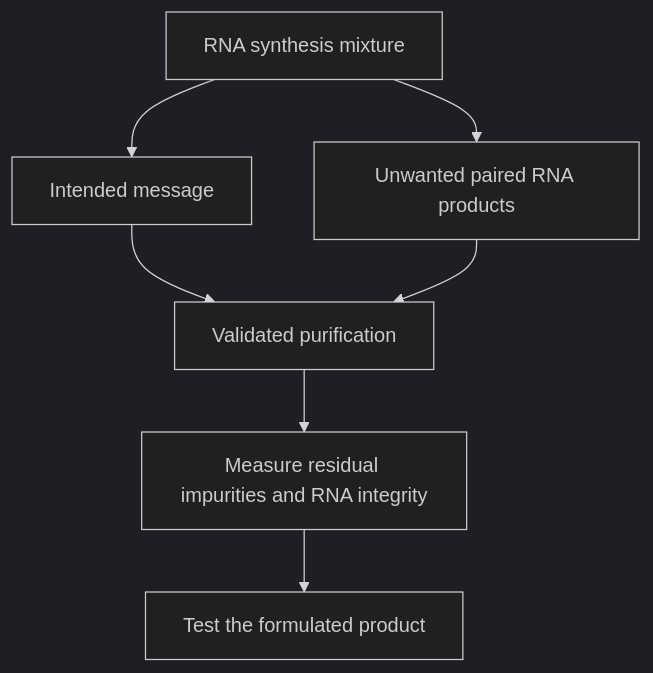
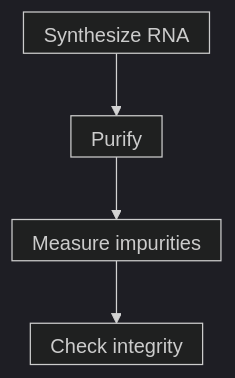
One commit to jasonLaster/oncoguide changed the diagram in wiki/education/concepts/engineering-and-manufacturing/nucleic-acid-design/dsrna-impurities-and-purification.md. Above: the diagram before and after it, drawn with Mermaid (dark theme). The commit also changed other lines of this file and 23 other files, not shown here.

````diff
--- a/wiki/education/concepts/engineering-and-manufacturing/nucleic-acid-design/dsrna-impurities-and-purification.md
+++ b/wiki/education/concepts/engineering-and-manufacturing/nucleic-acid-design/dsrna-impurities-and-purification.md
@@ -38,9 +40,7 @@
 ```mermaid
+%%{init: {"htmlLabels":false,"flowchart":{"htmlLabels":false,"padding":8,"nodeSpacing":25}}}%%
 flowchart TD
-  A[RNA synthesis mixture] --> B[Intended message]
-  A --> C[Unwanted paired RNA products]
-  B --> D[Validated purification]
-  C --> D
-  D --> E[Measure residual impurities and RNA integrity]
-  E --> F[Test the formulated product]
+  A[Synthesize RNA] --> B[Purify]
+  B --> C[Measure impurities]
+  C --> D[Check integrity]
 ```
````
